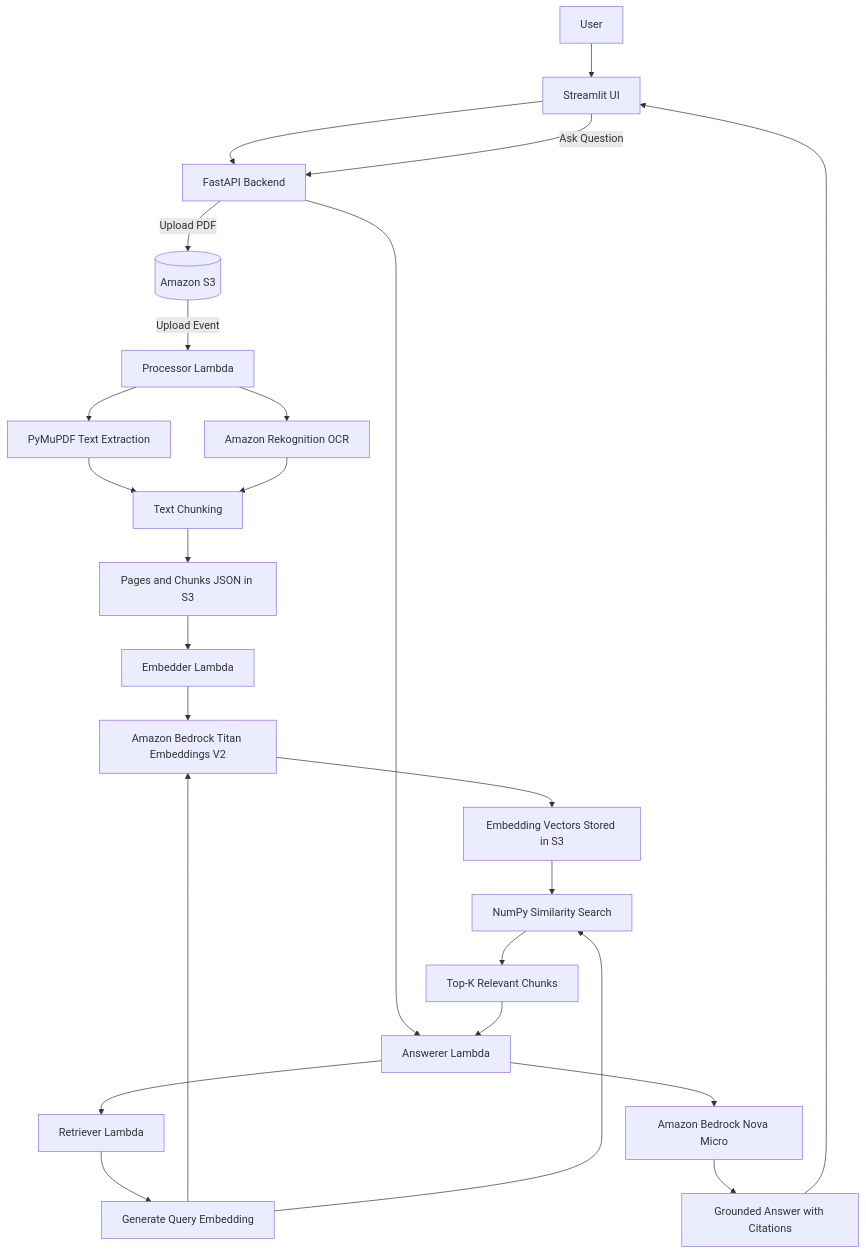
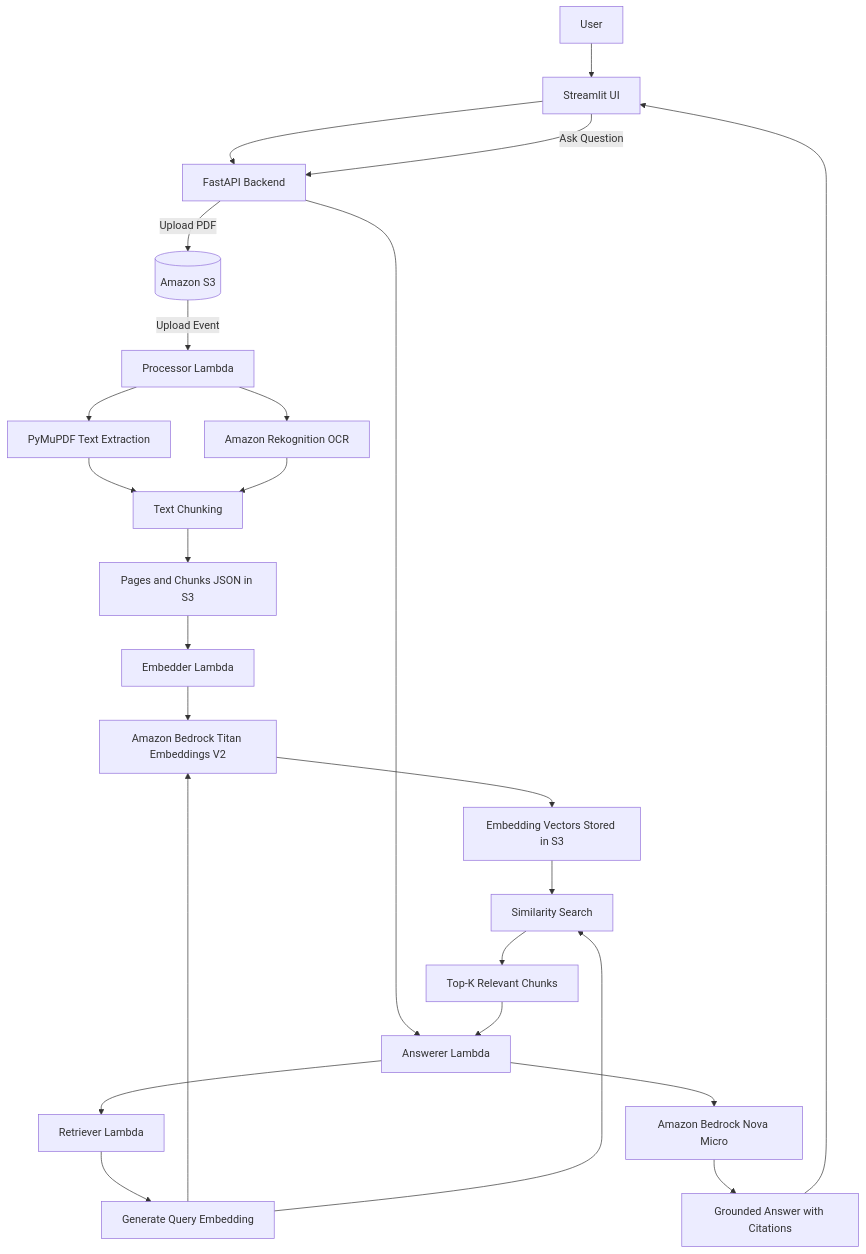
Before and after one commit to PraneethGoud04/AWS-Document-RAG: the diagram in README.md, drawn with Mermaid. The commit also changed other lines of this file, not shown here.

````diff
--- a/README.md
+++ b/README.md
@@ -9,32 +9,32 @@
 ```mermaid
 flowchart TD
     U[User] --> UI[Streamlit UI]
     UI --> API[FastAPI Backend]
 
     API -->|Upload PDF| S3[(Amazon S3)]
 
     S3 -->|Upload Event| P[Processor Lambda]
     P --> PDF[PyMuPDF Text Extraction]
     P --> OCR[Amazon Rekognition OCR]
     PDF --> C[Text Chunking]
     OCR --> C
 
     C --> JSON[Pages and Chunks JSON in S3]
     JSON --> E[Embedder Lambda]
     E --> T[Amazon Bedrock Titan Embeddings V2]
     T --> V[Embedding Vectors Stored in S3]
 
     UI -->|Ask Question| API
     API --> A[Answerer Lambda]
     A --> R[Retriever Lambda]
     R --> QE[Generate Query Embedding]
     QE --> T
-    V --> SIM[NumPy Similarity Search]
+    V --> SIM[Similarity Search]
     QE --> SIM
     SIM --> K[Top-K Relevant Chunks]
     K --> A
 
     A --> L[Amazon Bedrock Nova Micro]
     L --> ANS[Grounded Answer with Citations]
     ANS --> UI
 ```
````
